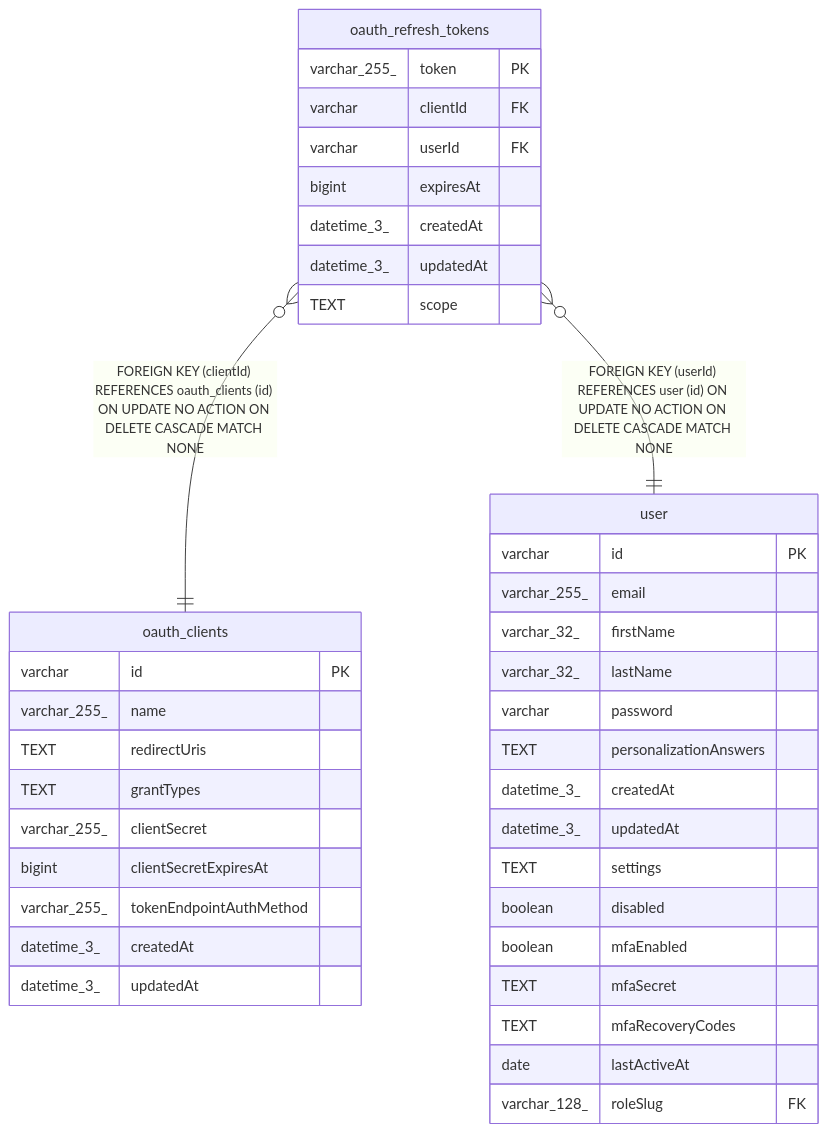
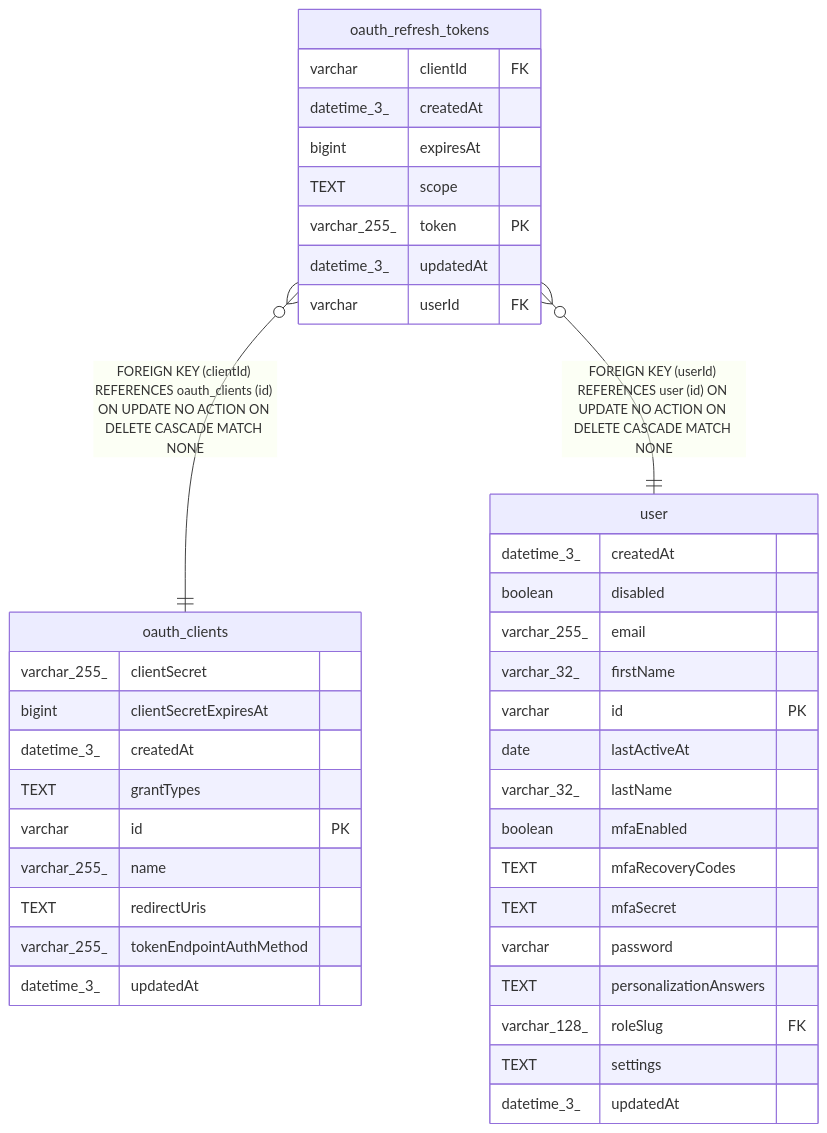
Before and after one commit to mayankjain1815-commits/n8n: the diagram in docs/generated/sqlite-schema/oauth_refresh_tokens.md, drawn with Mermaid. The commit also changed other lines of this file and 221 other files, not shown here.

Commit message:
chore(core): Make DB schema docs generation deterministic (#32373)

````diff
--- a/docs/generated/sqlite-schema/oauth_refresh_tokens.md
+++ b/docs/generated/sqlite-schema/oauth_refresh_tokens.md
@@ -43,44 +43,44 @@
 ```mermaid
 erDiagram
 
 "oauth_refresh_tokens" }o--|| "oauth_clients" : "FOREIGN KEY (clientId) REFERENCES oauth_clients (id) ON UPDATE NO ACTION ON DELETE CASCADE MATCH NONE"
 "oauth_refresh_tokens" }o--|| "user" : "FOREIGN KEY (userId) REFERENCES user (id) ON UPDATE NO ACTION ON DELETE CASCADE MATCH NONE"
 
 "oauth_refresh_tokens" {
+  varchar clientId FK
+  datetime_3_ createdAt
+  bigint expiresAt
+  TEXT scope
   varchar_255_ token PK
-  varchar clientId FK
+  datetime_3_ updatedAt
   varchar userId FK
-  bigint expiresAt
-  datetime_3_ createdAt
-  datetime_3_ updatedAt
-  TEXT scope
 }
 "oauth_clients" {
+  varchar_255_ clientSecret
+  bigint clientSecretExpiresAt
+  datetime_3_ createdAt
+  TEXT grantTypes
   varchar id PK
   varchar_255_ name
   TEXT redirectUris
-  TEXT grantTypes
-  varchar_255_ clientSecret
-  bigint clientSecretExpiresAt
   varchar_255_ tokenEndpointAuthMethod
-  datetime_3_ createdAt
   datetime_3_ updatedAt
 }
 "user" {
-  varchar id PK
+  datetime_3_ createdAt
+  boolean disabled
   varchar_255_ email
   varchar_32_ firstName
+  varchar id PK
+  date lastActiveAt
   varchar_32_ lastName
+  boolean mfaEnabled
+  TEXT mfaRecoveryCodes
+  TEXT mfaSecret
   varchar password
   TEXT personalizationAnswers
-  datetime_3_ createdAt
+  varchar_128_ roleSlug FK
+  TEXT settings
   datetime_3_ updatedAt
-  TEXT settings
-  boolean disabled
-  boolean mfaEnabled
-  TEXT mfaSecret
-  TEXT mfaRecoveryCodes
-  date lastActiveAt
-  varchar_128_ roleSlug FK
 }
 ```
````
